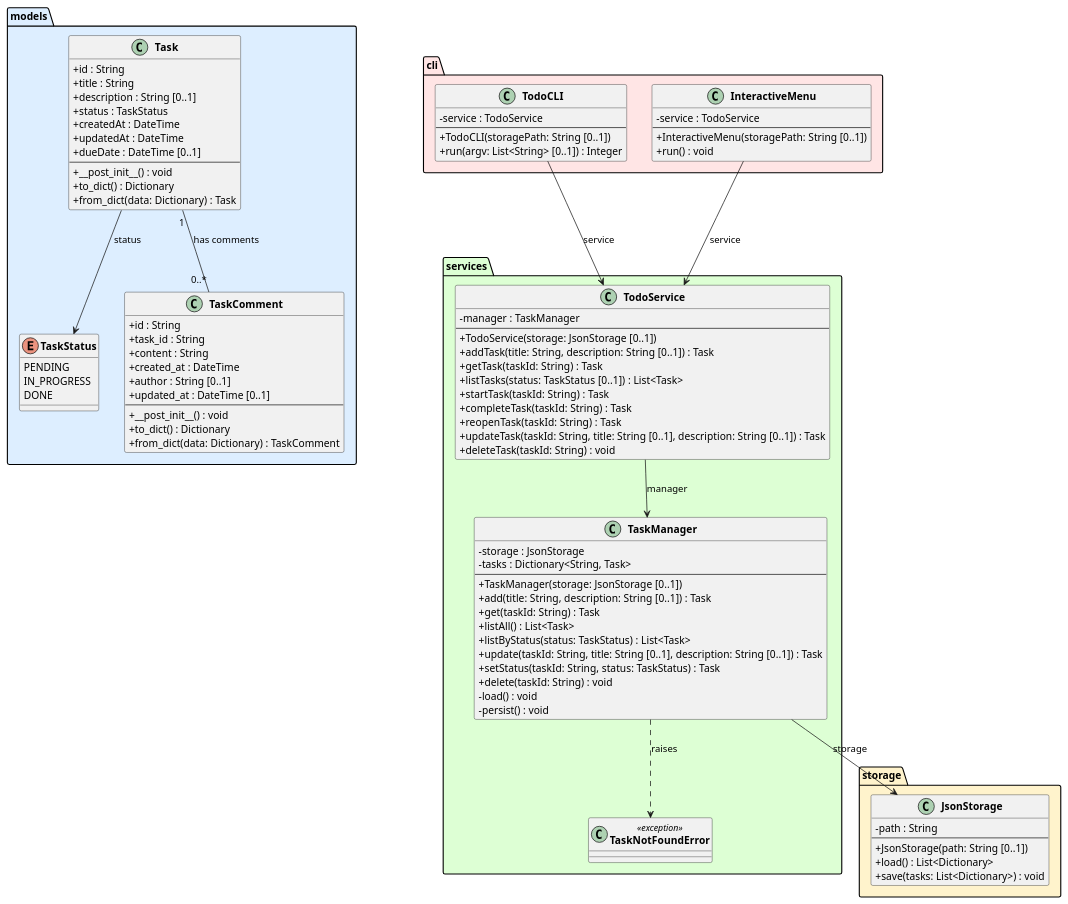
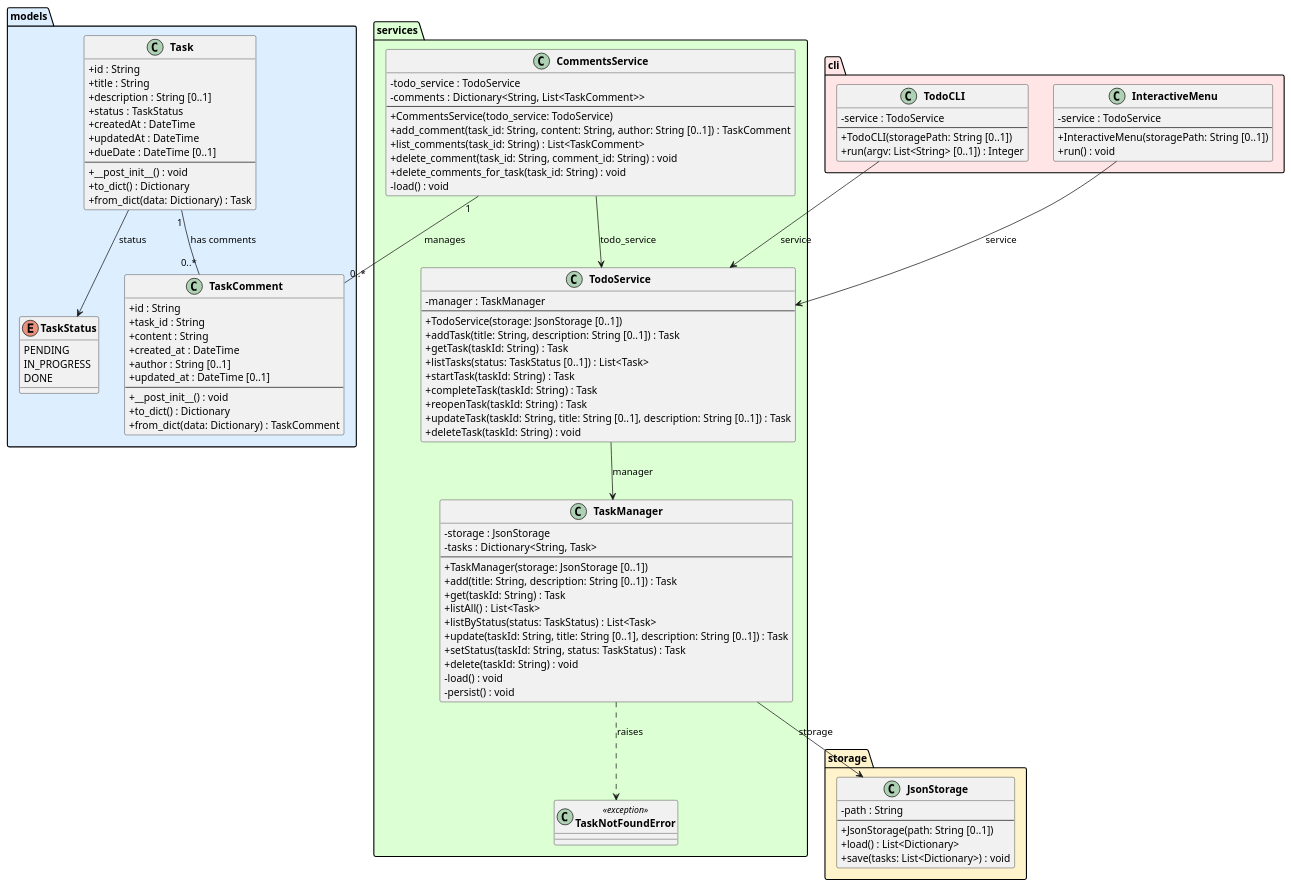
One commit to DanielRiha8906/Software_autoevolution_using_agents changed the diagram in experiments/supervisor_as_tools/test_driven/TODO/artifacts/class_diagram.puml. Above: the diagram before and after it, drawn with PlantUML. The commit also changed 5 other files, not shown here.

First line of the commit message:
task 04: Implement CommentsService with lifecycle management

```diff
--- a/experiments/supervisor_as_tools/test_driven/TODO/artifacts/class_diagram.puml
+++ b/experiments/supervisor_as_tools/test_driven/TODO/artifacts/class_diagram.puml
@@ -1,110 +1,124 @@
 @startuml class_diagram
 
 skinparam classAttributeIconSize 0
 skinparam classFontStyle bold
 
 package "models" #DDEEFF {
     enum TaskStatus {
         PENDING
         IN_PROGRESS
         DONE
     }
 
     class Task {
         +id : String
         +title : String
         +description : String [0..1]
         +status : TaskStatus
         +createdAt : DateTime
         +updatedAt : DateTime
         +dueDate : DateTime [0..1]
         --
         +__post_init__() : void
         +to_dict() : Dictionary
         +from_dict(data: Dictionary) : Task
     }
 
     class TaskComment {
         +id : String
         +task_id : String
         +content : String
         +created_at : DateTime
         +author : String [0..1]
         +updated_at : DateTime [0..1]
         --
         +__post_init__() : void
         +to_dict() : Dictionary
         +from_dict(data: Dictionary) : TaskComment
     }
 }
 
 package "storage" #FFF3CC {
     class JsonStorage {
         -path : String
         --
         +JsonStorage(path: String [0..1])
         +load() : List<Dictionary>
         +save(tasks: List<Dictionary>) : void
     }
 }
 
 package "services" #DDFFD4 {
     class TaskNotFoundError <<exception>> {
     }
 
     class TaskManager {
         -storage : JsonStorage
         -tasks : Dictionary<String, Task>
         --
         +TaskManager(storage: JsonStorage [0..1])
         +add(title: String, description: String [0..1]) : Task
         +get(taskId: String) : Task
         +listAll() : List<Task>
         +listByStatus(status: TaskStatus) : List<Task>
         +update(taskId: String, title: String [0..1], description: String [0..1]) : Task
         +setStatus(taskId: String, status: TaskStatus) : Task
         +delete(taskId: String) : void
         -load() : void
         -persist() : void
     }
 
     class TodoService {
         -manager : TaskManager
         --
         +TodoService(storage: JsonStorage [0..1])
         +addTask(title: String, description: String [0..1]) : Task
         +getTask(taskId: String) : Task
         +listTasks(status: TaskStatus [0..1]) : List<Task>
         +startTask(taskId: String) : Task
         +completeTask(taskId: String) : Task
         +reopenTask(taskId: String) : Task
         +updateTask(taskId: String, title: String [0..1], description: String [0..1]) : Task
         +deleteTask(taskId: String) : void
     }
+
+    class CommentsService {
+        -todo_service : TodoService
+        -comments : Dictionary<String, List<TaskComment>>
+        --
+        +CommentsService(todo_service: TodoService)
+        +add_comment(task_id: String, content: String, author: String [0..1]) : TaskComment
+        +list_comments(task_id: String) : List<TaskComment>
+        +delete_comment(task_id: String, comment_id: String) : void
+        +delete_comments_for_task(task_id: String) : void
+        -load() : void
+    }
 }
 
 package "cli" #FFE5E5 {
     class TodoCLI {
         -service : TodoService
         --
         +TodoCLI(storagePath: String [0..1])
         +run(argv: List<String> [0..1]) : Integer
     }
 
     class InteractiveMenu {
         -service : TodoService
         --
         +InteractiveMenu(storagePath: String [0..1])
         +run() : void
     }
 }
 
 Task --> TaskStatus : status
 Task "1" -- "0..*" TaskComment : has comments
 TaskManager --> JsonStorage : storage
 TaskManager ..> TaskNotFoundError : raises
 TodoService --> TaskManager : manager
+CommentsService --> TodoService : todo_service
+CommentsService "1" -- "0..*" TaskComment : manages
 TodoCLI --> TodoService : service
 InteractiveMenu --> TodoService : service
 
 @enduml
```
